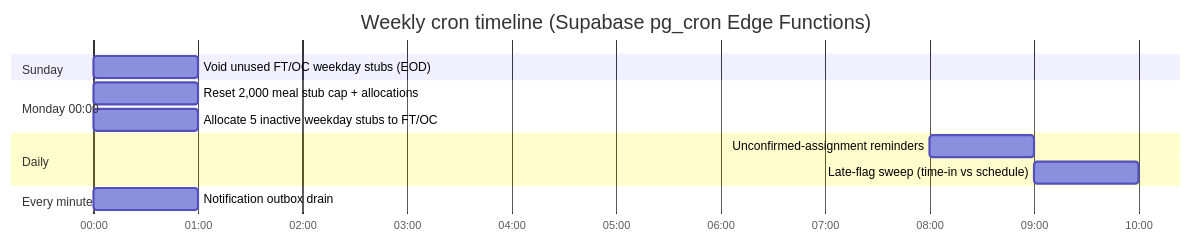
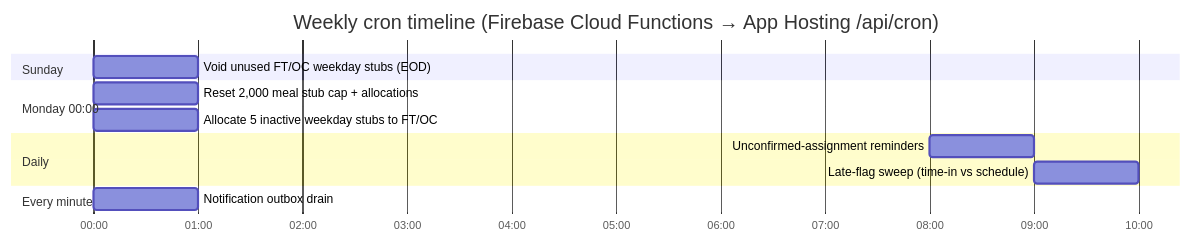
Before and after one commit to njcarlo/studio: the seventh of 9 diagrams in docs/PLATFORM_ARCHITECTURE.md, drawn with Mermaid. The commit also changed other lines of this file and 20 other files, not shown here.

First line of the commit message:
docs: align architecture, skills, and plans with Firebase stack

````diff
--- a/docs/PLATFORM_ARCHITECTURE.md
+++ b/docs/PLATFORM_ARCHITECTURE.md
@@ -277,16 +284,16 @@
 ```mermaid
 gantt
     dateFormat HH:mm
     axisFormat %H:%M
-    title Weekly cron timeline (Supabase pg_cron Edge Functions)
+    title Weekly cron timeline (Firebase Cloud Functions → App Hosting /api/cron)
     section Sunday
     Void unused FT/OC weekday stubs (EOD)      :a1, 00:00, 1h
     section Monday 00:00
     Reset 2,000 meal stub cap + allocations    :a2, 00:00, 1h
     Allocate 5 inactive weekday stubs to FT/OC :a3, 00:00, 1h
     section Daily
     Unconfirmed-assignment reminders           :a4, 08:00, 1h
     Late-flag sweep (time-in vs schedule)      :a5, 09:00, 1h
     section Every minute
     Notification outbox drain                  :a6, 00:00, 1h
 ```
````
